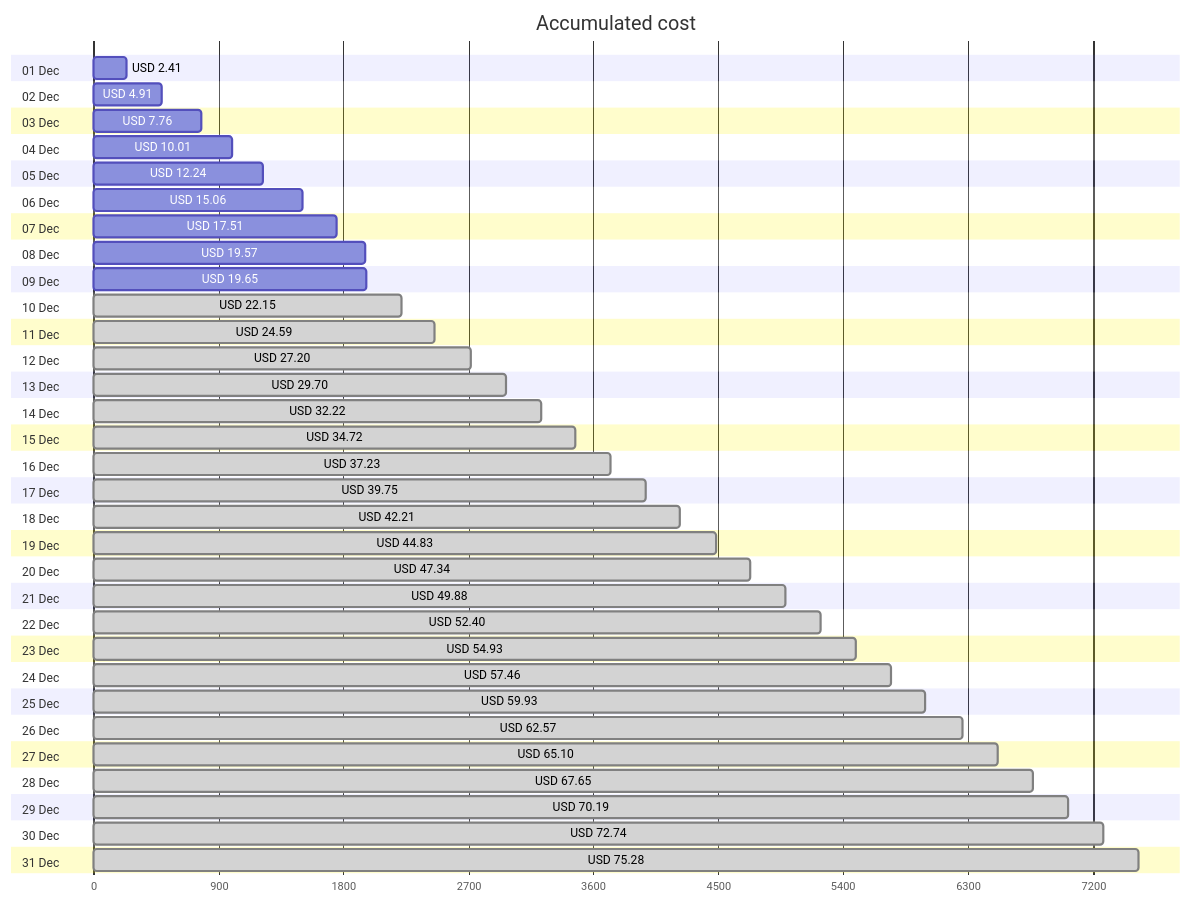
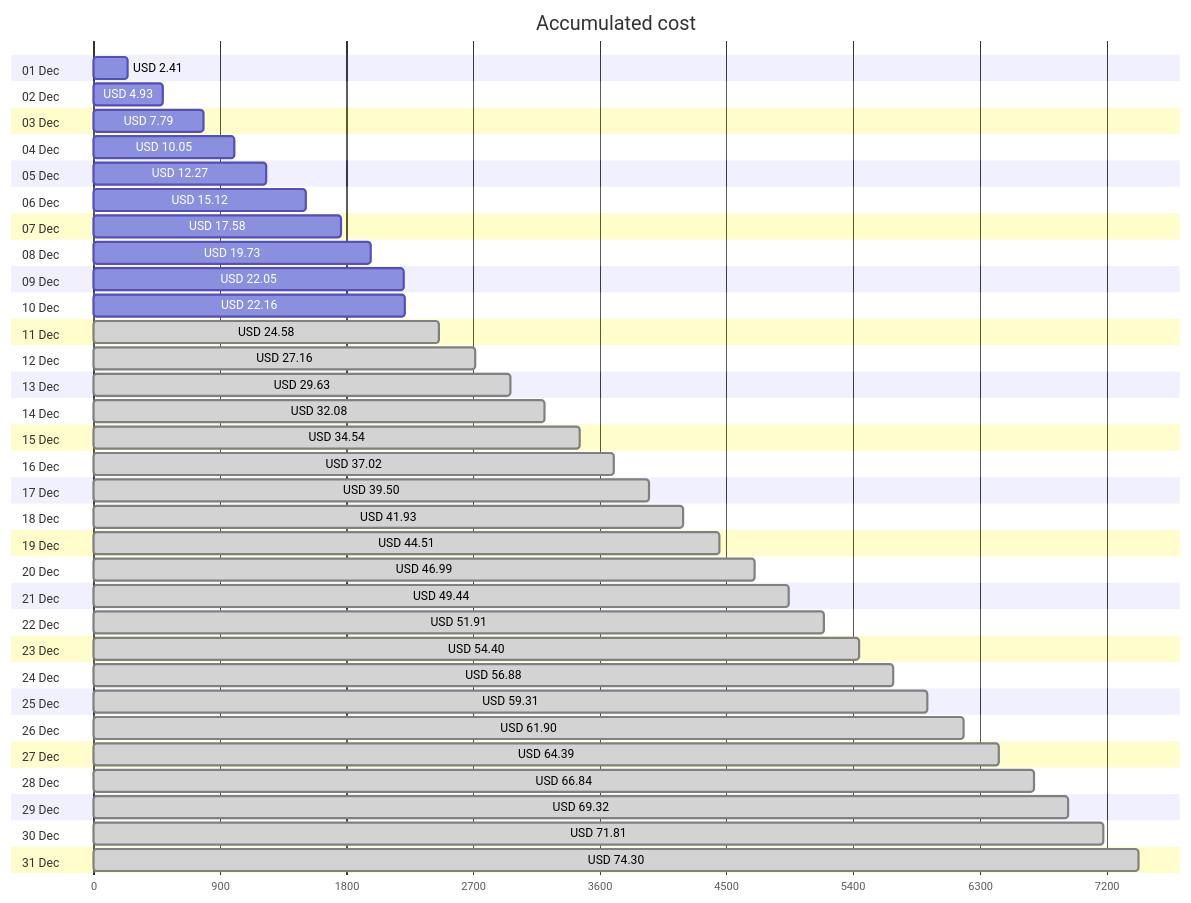
One commit to jpfulton/azure-personal-reports changed the first of 4 diagrams in cost-reports/accumulated-cost.md. Above: the diagram before and after it, drawn with Mermaid. The commit also changed other lines of this file and 4 other files, not shown here.

````diff
--- a/cost-reports/accumulated-cost.md
+++ b/cost-reports/accumulated-cost.md
@@ -20,68 +20,68 @@
 ```mermaid
 gantt
    title Accumulated cost
    dateFormat  X
    axisFormat %s
    section 01 Dec
    USD 2.41 :0, 241
    section 02 Dec
-   USD 4.91 :0, 491
+   USD 4.93 :0, 493
    section 03 Dec
-   USD 7.76 :0, 776
+   USD 7.79 :0, 779
    section 04 Dec
-   USD 10.01 :0, 1001
+   USD 10.05 :0, 1005
    section 05 Dec
-   USD 12.24 :0, 1224
+   USD 12.27 :0, 1227
    section 06 Dec
-   USD 15.06 :0, 1506
+   USD 15.12 :0, 1512
    section 07 Dec
-   USD 17.51 :0, 1751
+   USD 17.58 :0, 1758
    section 08 Dec
-   USD 19.57 :0, 1957
+   USD 19.73 :0, 1973
    section 09 Dec
-   USD 19.65 :0, 1965
+   USD 22.05 :0, 2205
    section 10 Dec
-   USD 22.15 : done, 0, 2215
+   USD 22.16 :0, 2216
    section 11 Dec
-   USD 24.59 : done, 0, 2459
+   USD 24.58 : done, 0, 2458
    section 12 Dec
-   USD 27.20 : done, 0, 2720
+   USD 27.16 : done, 0, 2716
    section 13 Dec
-   USD 29.70 : done, 0, 2970
+   USD 29.63 : done, 0, 2963
    section 14 Dec
-   USD 32.22 : done, 0, 3222
+   USD 32.08 : done, 0, 3208
    section 15 Dec
-   USD 34.72 : done, 0, 3472
+   USD 34.54 : done, 0, 3454
    section 16 Dec
-   USD 37.23 : done, 0, 3723
+   USD 37.02 : done, 0, 3702
    section 17 Dec
-   USD 39.75 : done, 0, 3975
+   USD 39.50 : done, 0, 3950
    section 18 Dec
-   USD 42.21 : done, 0, 4221
+   USD 41.93 : done, 0, 4193
    section 19 Dec
-   USD 44.83 : done, 0, 4483
+   USD 44.51 : done, 0, 4451
    section 20 Dec
-   USD 47.34 : done, 0, 4734
+   USD 46.99 : done, 0, 4699
    section 21 Dec
-   USD 49.88 : done, 0, 4988
+   USD 49.44 : done, 0, 4944
    section 22 Dec
-   USD 52.40 : done, 0, 5240
+   USD 51.91 : done, 0, 5191
    section 23 Dec
-   USD 54.93 : done, 0, 5493
+   USD 54.40 : done, 0, 5440
    section 24 Dec
-   USD 57.46 : done, 0, 5746
+   USD 56.88 : done, 0, 5688
    section 25 Dec
-   USD 59.93 : done, 0, 5993
+   USD 59.31 : done, 0, 5931
    section 26 Dec
-   USD 62.57 : done, 0, 6257
+   USD 61.90 : done, 0, 6190
    section 27 Dec
-   USD 65.10 : done, 0, 6510
+   USD 64.39 : done, 0, 6439
    section 28 Dec
-   USD 67.65 : done, 0, 6765
+   USD 66.84 : done, 0, 6684
    section 29 Dec
-   USD 70.19 : done, 0, 7019
+   USD 69.32 : done, 0, 6932
    section 30 Dec
-   USD 72.74 : done, 0, 7274
+   USD 71.81 : done, 0, 7181
    section 31 Dec
-   USD 75.28 : done, 0, 7528
+   USD 74.30 : done, 0, 7430
 ```
````
